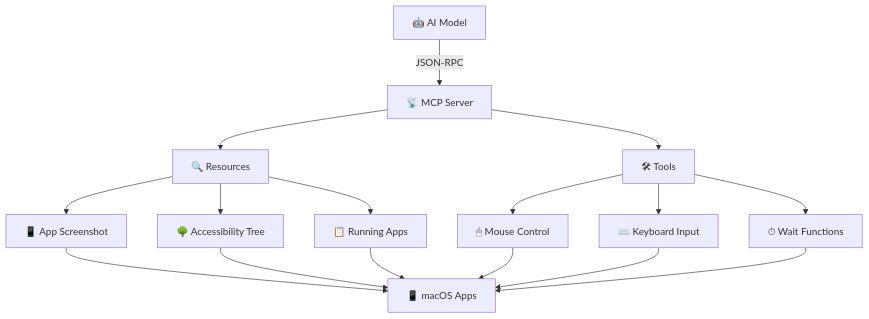
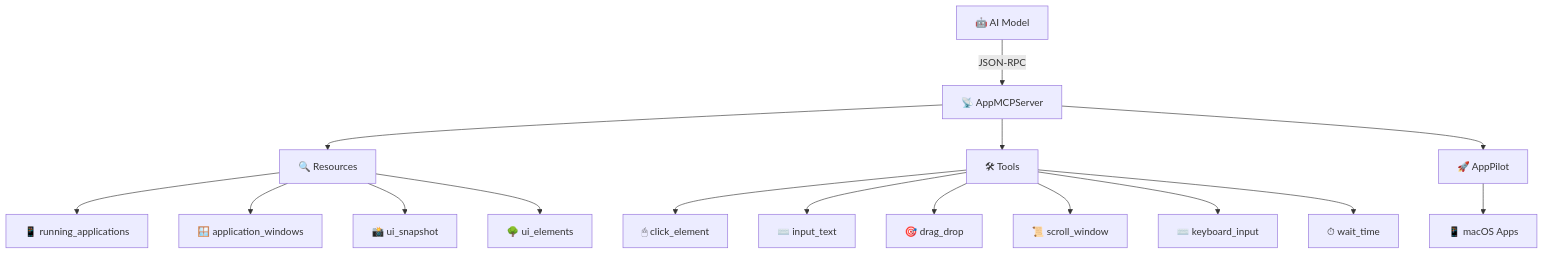
Before and after one commit to 1amageek/app-mcp: the diagram in README.md, drawn with Mermaid. The commit also changed other lines of this file and 17 other files, not shown here.

Commit message:
Update AppMCP documentation and improve resource definitions

````diff
--- a/README.md
+++ b/README.md
@@ -135,21 +148,21 @@
 ```mermaid
 graph TB
-    A[🤖 AI Model] -->|JSON-RPC| B[📡 MCP Server]
+    A[🤖 AI Model] -->|JSON-RPC| B[📡 AppMCPServer]
     B --> C[🔍 Resources]
     B --> D[🛠 Tools]
-    
-    C --> E[📱 App Screenshot]
-    C --> F[🌳 Accessibility Tree]
-    C --> G[📋 Running Apps]
-    
-    D --> H[🖱 Mouse Control]
-    D --> I[⌨️ Keyboard Input]
-    D --> J[⏱ Wait Functions]
-    
-    E --> K[📱 macOS Apps]
-    F --> K
-    G --> K
-    H --> K
-    I --> K
-    J --> K
+
+    C --> E[📱 running_applications]
+    C --> F[🪟 application_windows]
+    C --> G[📸 ui_snapshot]
+    C --> H[🌳 ui_elements]
+
+    D --> I[🖱 click_element]
+    D --> J[⌨️ input_text]
+    D --> K[🎯 drag_drop]
+    D --> L[📜 scroll_window]
+    D --> M[⌨️ keyboard_input]
+    D --> N[⏱ wait_time]
+
+    B --> O[🚀 AppPilot]
+    O --> P[📱 macOS Apps]
 ```
````
